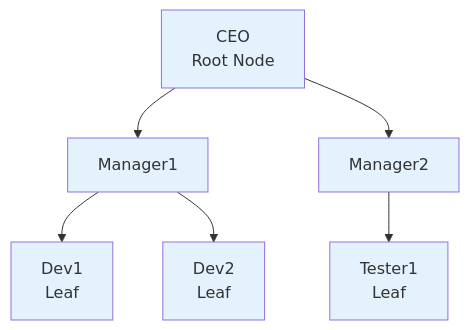
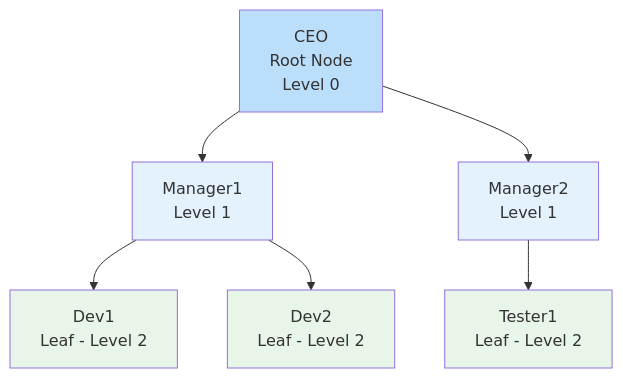
One commit to su-ntu-sctp/ai-3.5-data-structures-and-algorithms-p2 changed the second of 7 diagrams in lesson.md. Above: the diagram before and after it, drawn with Mermaid. The commit also changed other lines of this file and 1 other file, not shown here.

````diff
--- a/lesson.md
+++ b/lesson.md
@@ -119,22 +132,22 @@
 ```mermaid
 graph TD
-    CEO[CEO<br/>Root Node]
-    M1[Manager1]
-    M2[Manager2]
-    D1[Dev1<br/>Leaf]
-    D2[Dev2<br/>Leaf]
-    T1[Tester1<br/>Leaf]
+    CEO[CEO<br/>Root Node<br/>Level 0]
+    M1[Manager1<br/>Level 1]
+    M2[Manager2<br/>Level 1]
+    D1[Dev1<br/>Leaf - Level 2]
+    D2[Dev2<br/>Leaf - Level 2]
+    T1[Tester1<br/>Leaf - Level 2]
 
     CEO --> M1
     CEO --> M2
     M1 --> D1
     M1 --> D2
     M2 --> T1
 
-    style CEO fill:#e3f2fd
+    style CEO fill:#bbdefb
     style M1 fill:#e3f2fd
     style M2 fill:#e3f2fd
-    style D1 fill:#e3f2fd
-    style D2 fill:#e3f2fd
-    style T1 fill:#e3f2fd
+    style D1 fill:#e8f5e9
+    style D2 fill:#e8f5e9
+    style T1 fill:#e8f5e9
 ```
````
